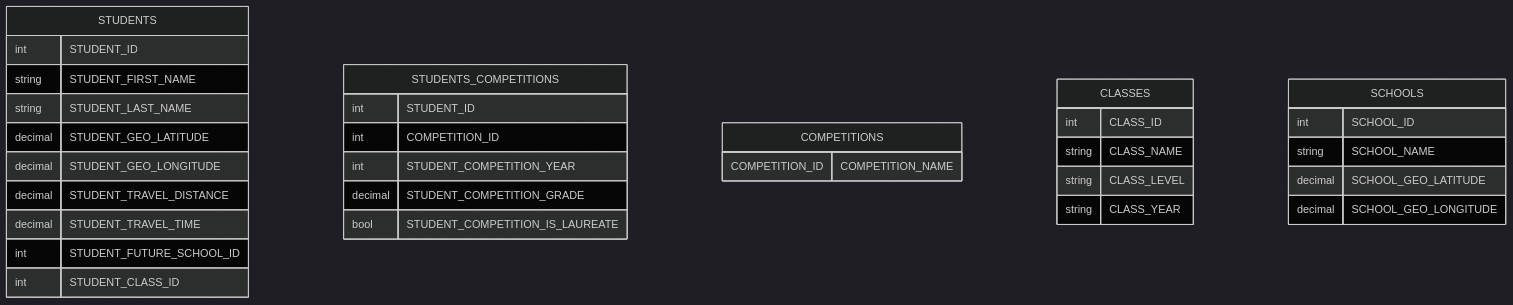
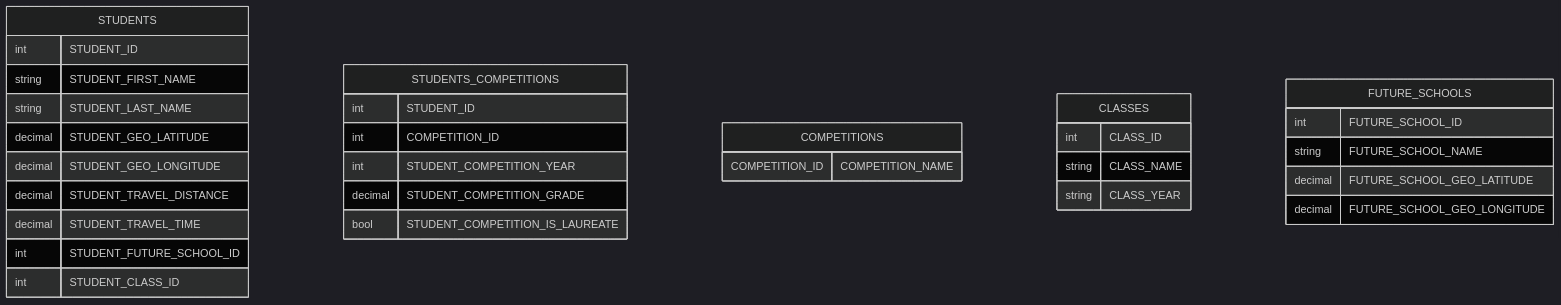
The diagram in README.md (Ch3shireDev/stas-power-bi), drawn with Mermaid (dark theme) before and after one commit. The commit also changed 20 other files, not shown here.

````diff
--- a/README.md
+++ b/README.md
@@ -21,41 +21,40 @@
 ```mermaid
 erDiagram
     STUDENTS {
         int STUDENT_ID
         string STUDENT_FIRST_NAME
         string STUDENT_LAST_NAME
         decimal STUDENT_GEO_LATITUDE
         decimal STUDENT_GEO_LONGITUDE
         decimal STUDENT_TRAVEL_DISTANCE
         decimal STUDENT_TRAVEL_TIME
         int STUDENT_FUTURE_SCHOOL_ID
         int STUDENT_CLASS_ID
     }
 
     STUDENTS_COMPETITIONS {
         int STUDENT_ID
         int COMPETITION_ID
         int STUDENT_COMPETITION_YEAR
         decimal STUDENT_COMPETITION_GRADE
         bool STUDENT_COMPETITION_IS_LAUREATE
     }
 
     COMPETITIONS{
         COMPETITION_ID
         COMPETITION_NAME
     }
 
     CLASSES {
         int CLASS_ID
         string CLASS_NAME
-        string CLASS_LEVEL
         string CLASS_YEAR
     }
 
-    SCHOOLS {
-        int SCHOOL_ID
-        string SCHOOL_NAME
-        decimal SCHOOL_GEO_LATITUDE
-        decimal SCHOOL_GEO_LONGITUDE
+    FUTURE_SCHOOLS {
+        int FUTURE_SCHOOL_ID
+        string FUTURE_SCHOOL_NAME
+        decimal FUTURE_SCHOOL_GEO_LATITUDE
+        decimal FUTURE_SCHOOL_GEO_LONGITUDE
     }
 ```
````
